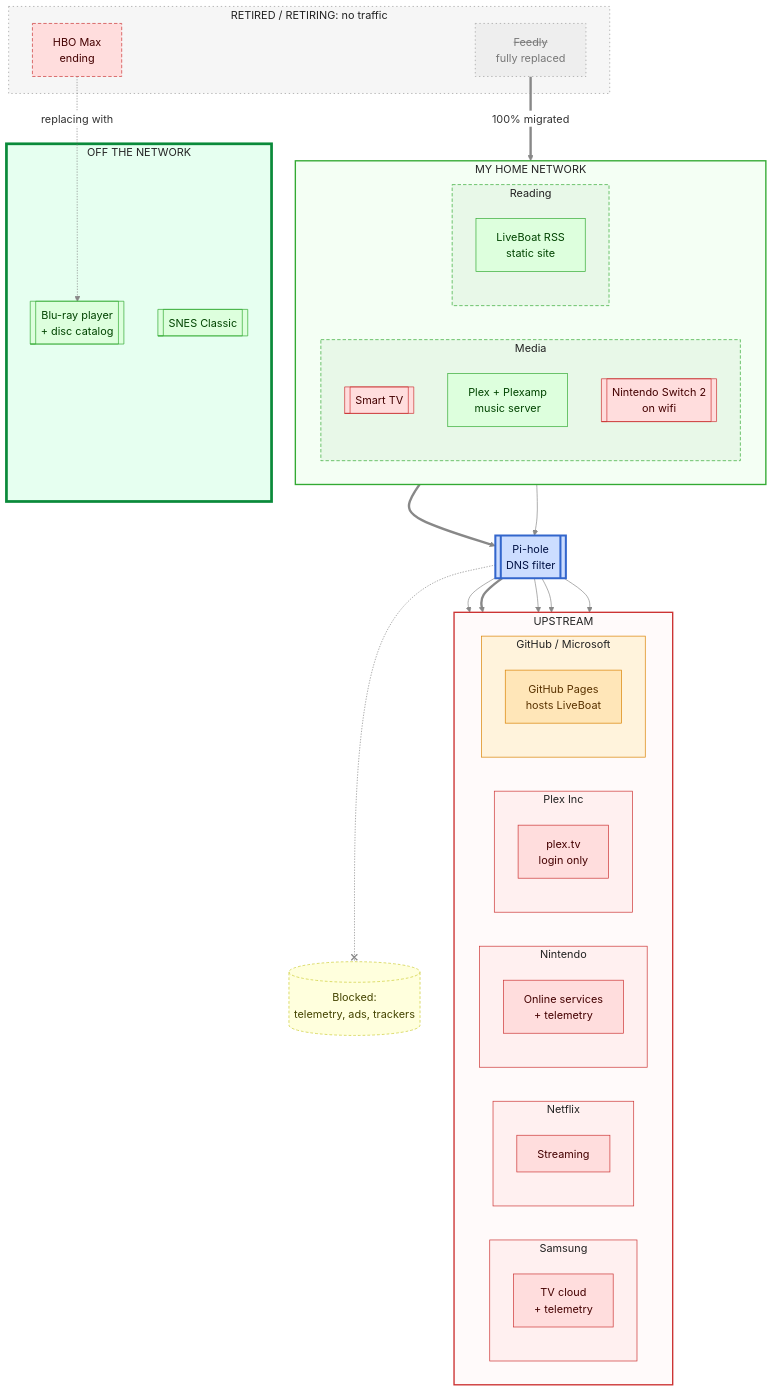
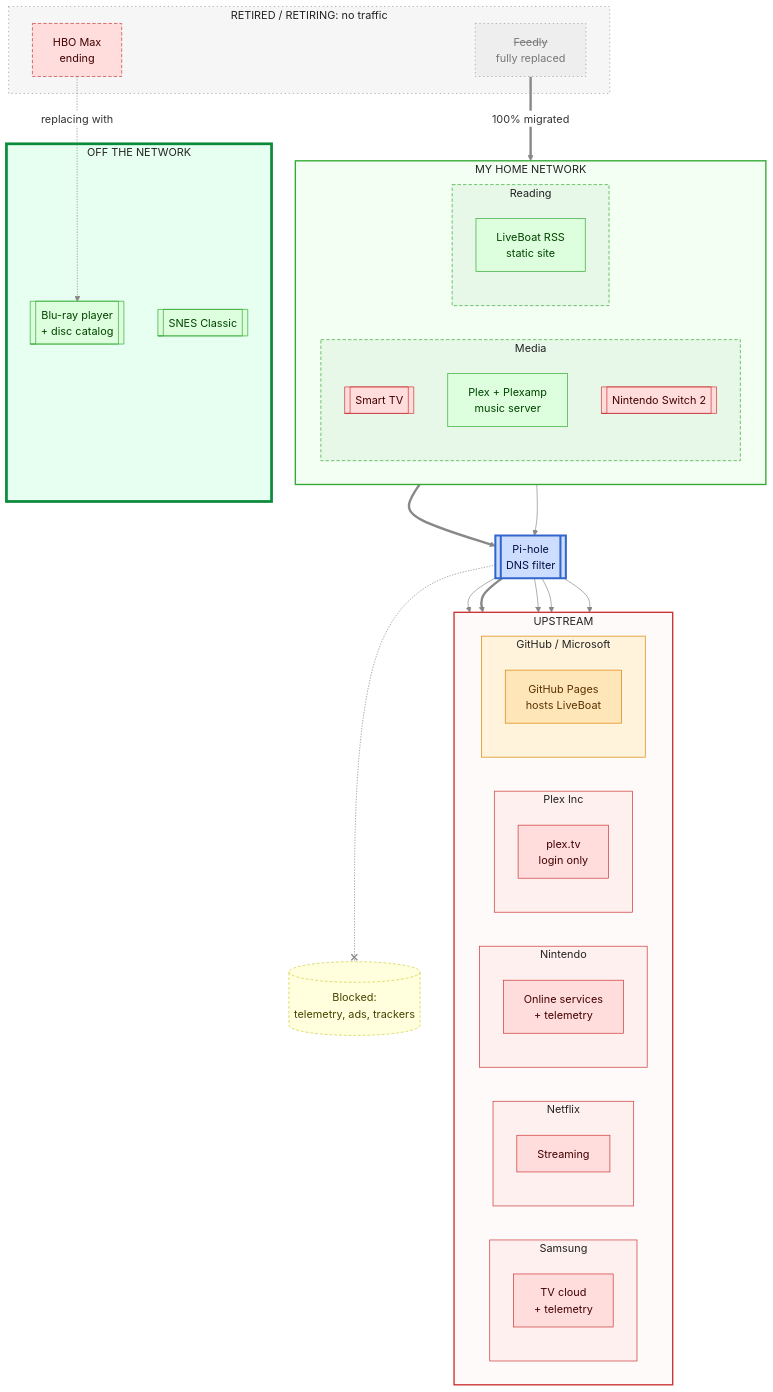
The second of 5 diagrams in README.md (lowlydba/torch-the-tech), drawn with Mermaid before and after one commit.

Commit message:
Remove 'on wifi' from Switch 2

```diff
--- a/README.md
+++ b/README.md
@@ -80,7 +80,7 @@
             direction TB
             frame[[Smart TV]]
             plex[Plex + Plexamp<br/>music server]
-            switch2[[Nintendo Switch 2<br/>on wifi]]
+            switch2[[Nintendo Switch 2]]
         end
 
         subgraph h_reading["Reading"]
```
